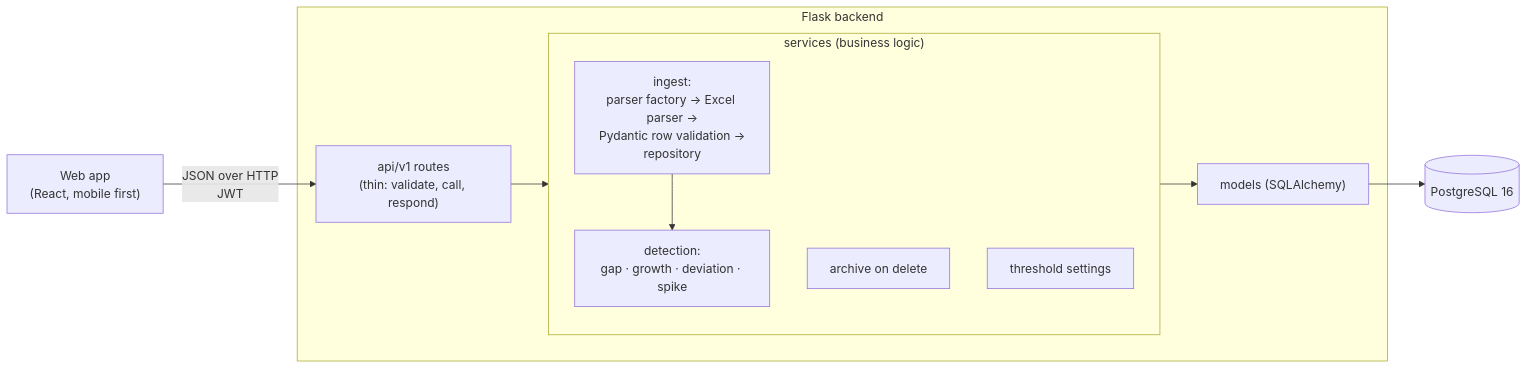
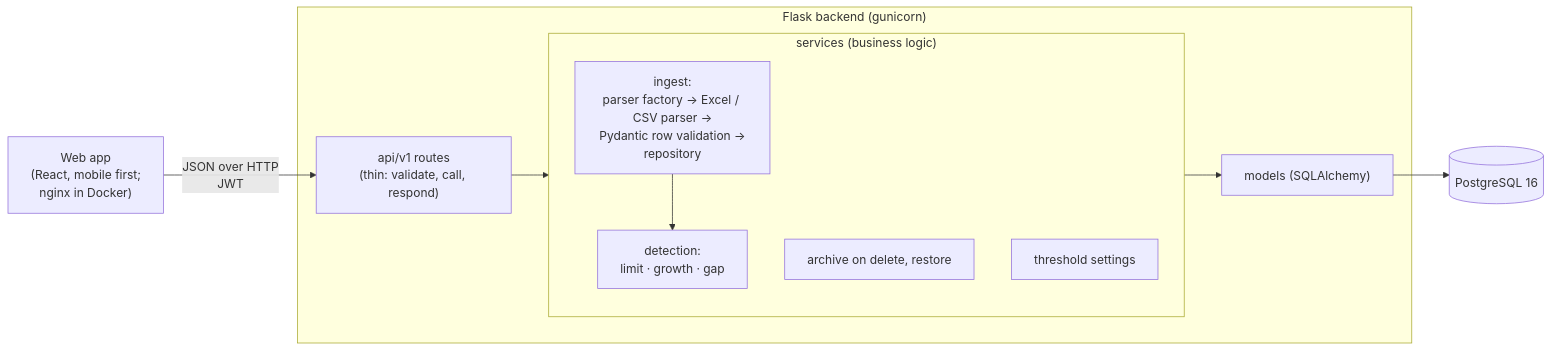
The first of 2 diagrams in README.md (YonatanHen/squanchy-bakery-tracker), drawn with Mermaid before and after one commit. The commit also changed other lines of this file, not shown here.

Commit message:
README: Docker quick start, UI walkthrough, frontend, limit/growth/gap rules, updated ERD and API

````diff
--- a/README.md
+++ b/README.md
@@ -18,16 +49,16 @@
 ```mermaid
 flowchart LR
-    UI["Web app<br/>(React, mobile first)"] -->|"JSON over HTTP<br/>JWT"| API
-    subgraph Backend["Flask backend"]
+    UI["Web app<br/>(React, mobile first;<br/>nginx in Docker)"] -->|"JSON over HTTP<br/>JWT"| API
+    subgraph Backend["Flask backend (gunicorn)"]
         API["api/v1 routes<br/>(thin: validate, call, respond)"] --> SVC
         subgraph SVC["services (business logic)"]
-            ING["ingest:<br/>parser factory → Excel parser →<br/>Pydantic row validation →<br/>repository"]
-            DET["detection:<br/>gap · growth · deviation · spike"]
-            ARC["archive on delete"]
+            ING["ingest:<br/>parser factory → Excel / CSV parser →<br/>Pydantic row validation →<br/>repository"]
+            DET["detection:<br/>limit · growth · gap"]
+            ARC["archive on delete, restore"]
             THR["threshold settings"]
         end
         SVC --> MOD["models (SQLAlchemy)"]
     end
     MOD --> DB[("PostgreSQL 16")]
     ING --> DET
 ```
````
